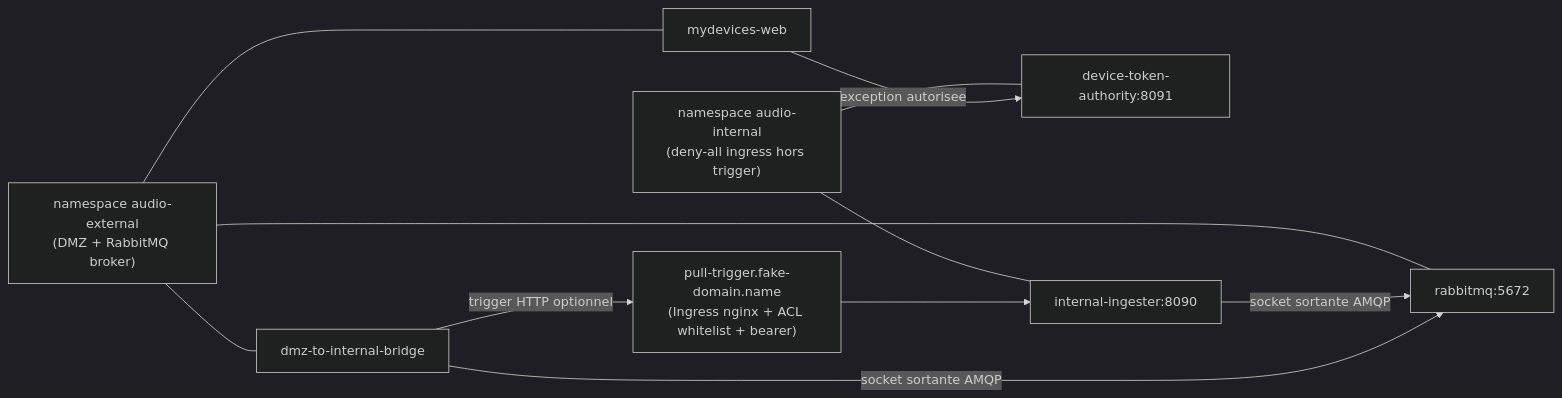
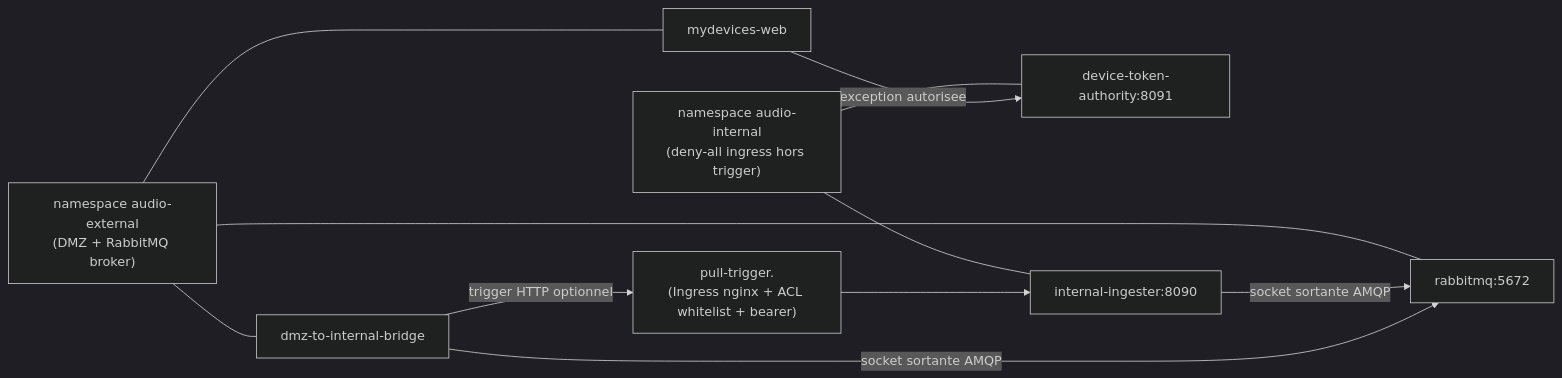
One commit to IA-Generative/mirai-mesreunions changed the seventh of 7 diagrams in docs/ARCHITECTURE.md. Above: the diagram before and after it, drawn with Mermaid (dark theme). The commit also changed other lines of this file and 5 other files, not shown here.

````diff
--- a/docs/ARCHITECTURE.md
+++ b/docs/ARCHITECTURE.md
@@ -302,22 +302,22 @@
 ```mermaid
 flowchart LR
   EXTNS["namespace audio-external\n(DMZ + RabbitMQ broker)"]
   INTNS["namespace audio-internal\n(deny-all ingress hors trigger)"]
   CG["mydevices-web"]
   FM["dmz-to-internal-bridge"]
   MQ["rabbitmq:5672"]
   TI["device-token-authority:8091"]
   FP["internal-ingester:8090"]
-  ING["pull-trigger.fake-domain.name\n(Ingress nginx + ACL whitelist + bearer)"]
+  ING["pull-trigger.<organisation-domain>\n(Ingress nginx + ACL whitelist + bearer)"]
 
   EXTNS --- CG
   EXTNS --- FM
   EXTNS --- MQ
   INTNS --- TI
   INTNS --- FP
 
   CG -->|"exception autorisee"| TI
   FP -->|"socket sortante AMQP"| MQ
   FM -->|"socket sortante AMQP"| MQ
   FM -->|"trigger HTTP optionnel"| ING --> FP
 ```
````
